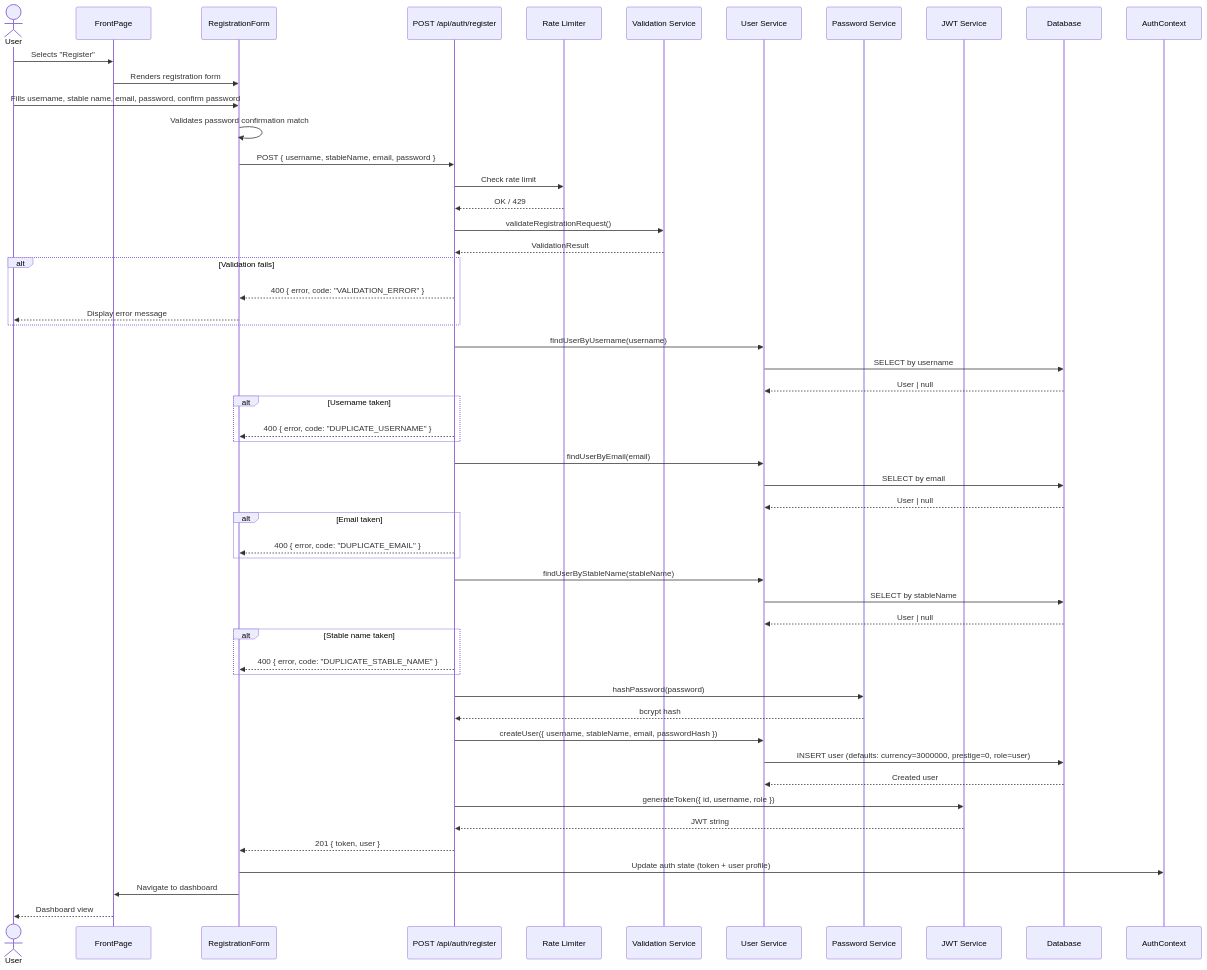
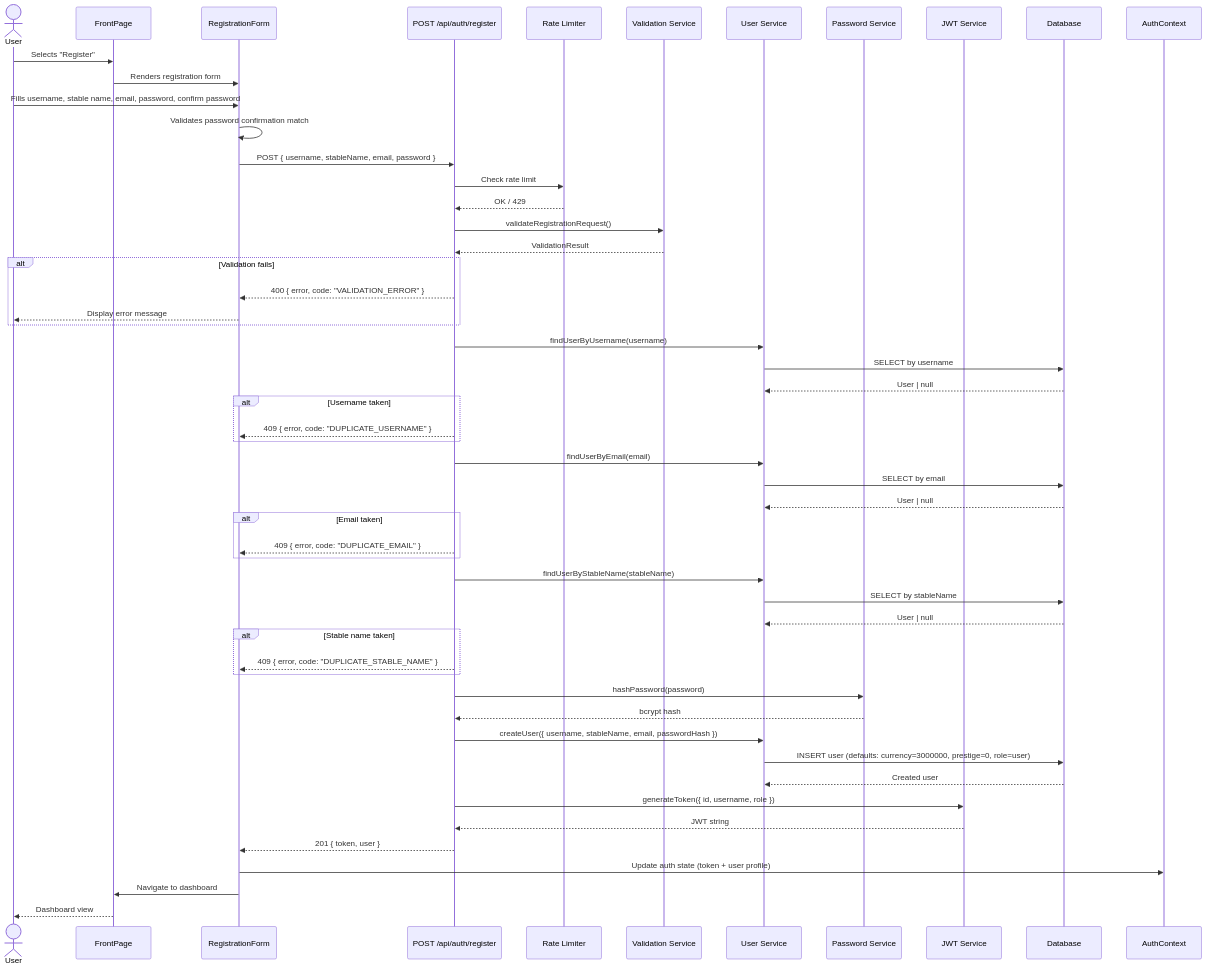
The second of 4 diagrams in docs/features/user-registration.md (RobertTeunissen/ArmouredSouls), drawn with Mermaid before and after one commit. The commit also changed other lines of this file and 157 other files, not shown here.

````diff
--- a/docs/features/user-registration.md
+++ b/docs/features/user-registration.md
@@ -79,69 +79,69 @@
 ```mermaid
 sequenceDiagram
     actor User
     participant FP as FrontPage
     participant RF as RegistrationForm
     participant API as POST /api/auth/register
     participant RL as Rate Limiter
     participant VS as Validation Service
     participant US as User Service
     participant PS as Password Service
     participant JWT as JWT Service
     participant DB as Database
     participant AC as AuthContext
 
     User->>FP: Selects "Register"
     FP->>RF: Renders registration form
     User->>RF: Fills username, stable name, email, password, confirm password
     RF->>RF: Validates password confirmation match
     RF->>API: POST { username, stableName, email, password }
     API->>RL: Check rate limit
     RL-->>API: OK / 429
 
     API->>VS: validateRegistrationRequest()
     VS-->>API: ValidationResult
 
     alt Validation fails
         API-->>RF: 400 { error, code: "VALIDATION_ERROR" }
         RF-->>User: Display error message
     end
 
     API->>US: findUserByUsername(username)
     US->>DB: SELECT by username
     DB-->>US: User | null
 
     alt Username taken
-        API-->>RF: 400 { error, code: "DUPLICATE_USERNAME" }
+        API-->>RF: 409 { error, code: "DUPLICATE_USERNAME" }
     end
 
     API->>US: findUserByEmail(email)
     US->>DB: SELECT by email
     DB-->>US: User | null
 
     alt Email taken
-        API-->>RF: 400 { error, code: "DUPLICATE_EMAIL" }
+        API-->>RF: 409 { error, code: "DUPLICATE_EMAIL" }
     end
 
     API->>US: findUserByStableName(stableName)
     US->>DB: SELECT by stableName
     DB-->>US: User | null
 
     alt Stable name taken
-        API-->>RF: 400 { error, code: "DUPLICATE_STABLE_NAME" }
+        API-->>RF: 409 { error, code: "DUPLICATE_STABLE_NAME" }
     end
 
     API->>PS: hashPassword(password)
     PS-->>API: bcrypt hash
 
     API->>US: createUser({ username, stableName, email, passwordHash })
     US->>DB: INSERT user (defaults: currency=3000000, prestige=0, role=user)
     DB-->>US: Created user
 
     API->>JWT: generateToken({ id, username, role })
     JWT-->>API: JWT string
 
     API-->>RF: 201 { token, user }
     RF->>AC: Update auth state (token + user profile)
     RF->>FP: Navigate to dashboard
     FP-->>User: Dashboard view
 ```
````
